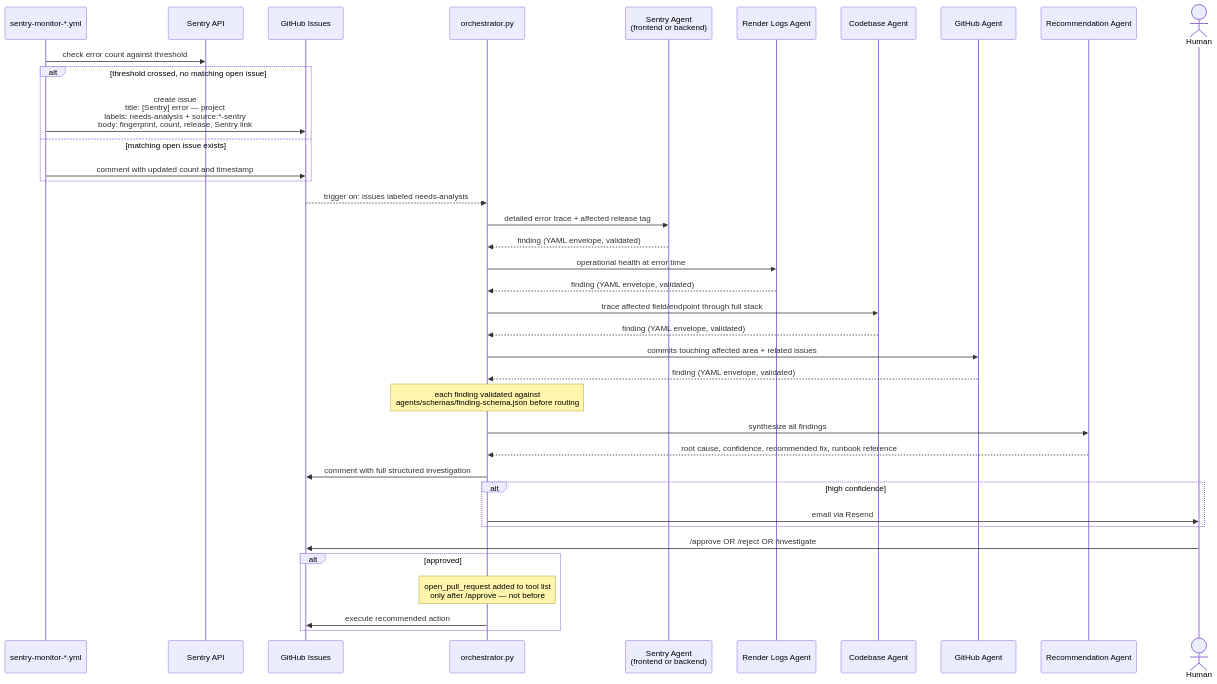
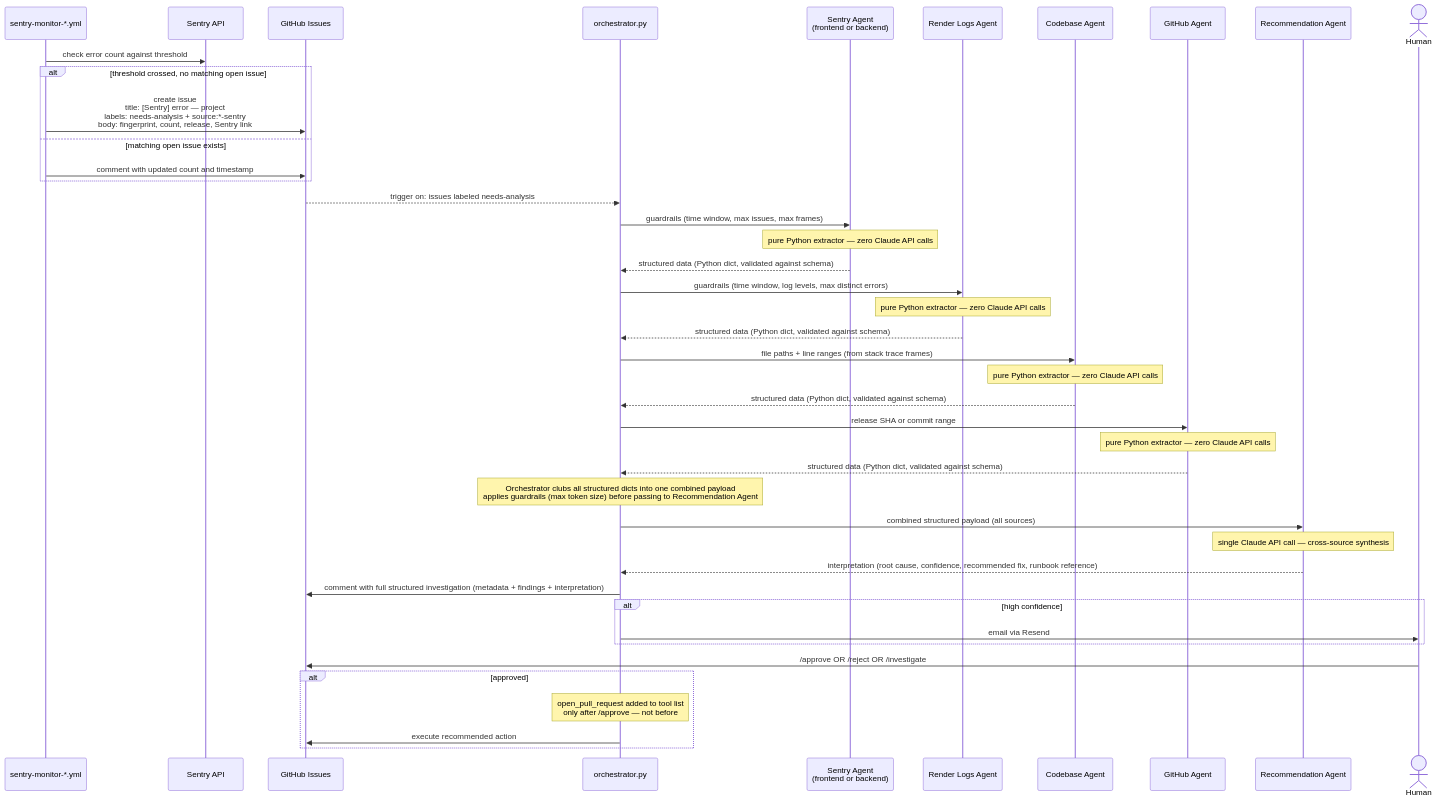
The third of 4 diagrams in docs/engineering-practices/agent-architecture.md (vikasparth/restaurant-main), drawn with Mermaid before and after one commit. The commit also changed other lines of this file, not shown here.

````diff
--- a/docs/engineering-practices/agent-architecture.md
+++ b/docs/engineering-practices/agent-architecture.md
@@ -674,42 +673,47 @@
 ```mermaid
 sequenceDiagram
     participant Monitor as sentry-monitor-*.yml
     participant Sentry as Sentry API
     participant GH as GitHub Issues
     participant Orch as orchestrator.py
     participant SAgent as Sentry Agent<br/>(frontend or backend)
     participant Render as Render Logs Agent
     participant Code as Codebase Agent
     participant GHAgent as GitHub Agent
     participant Rec as Recommendation Agent
     actor Human as Human
 
     Monitor->>Sentry: check error count against threshold
     alt threshold crossed, no matching open issue
         Monitor->>GH: create issue<br/>title: [Sentry] error — project<br/>labels: needs-analysis + source:*-sentry<br/>body: fingerprint, count, release, Sentry link
     else matching open issue exists
         Monitor->>GH: comment with updated count and timestamp
     end
 
     GH-->>Orch: trigger on: issues labeled needs-analysis
-    Orch->>SAgent: detailed error trace + affected release tag
-    SAgent-->>Orch: finding (YAML envelope, validated)
-    Orch->>Render: operational health at error time
-    Render-->>Orch: finding (YAML envelope, validated)
-    Orch->>Code: trace affected field/endpoint through full stack
-    Code-->>Orch: finding (YAML envelope, validated)
-    Orch->>GHAgent: commits touching affected area + related issues
-    GHAgent-->>Orch: finding (YAML envelope, validated)
-    Note over Orch: each finding validated against<br/>agents/schemas/finding-schema.json before routing
-    Orch->>Rec: synthesize all findings
-    Rec-->>Orch: root cause, confidence, recommended fix, runbook reference
-    Orch->>GH: comment with full structured investigation
+    Orch->>SAgent: guardrails (time window, max issues, max frames)
+    Note over SAgent: pure Python extractor — zero Claude API calls
+    SAgent-->>Orch: structured data (Python dict, validated against schema)
+    Orch->>Render: guardrails (time window, log levels, max distinct errors)
+    Note over Render: pure Python extractor — zero Claude API calls
+    Render-->>Orch: structured data (Python dict, validated against schema)
+    Orch->>Code: file paths + line ranges (from stack trace frames)
+    Note over Code: pure Python extractor — zero Claude API calls
+    Code-->>Orch: structured data (Python dict, validated against schema)
+    Orch->>GHAgent: release SHA or commit range
+    Note over GHAgent: pure Python extractor — zero Claude API calls
+    GHAgent-->>Orch: structured data (Python dict, validated against schema)
+    Note over Orch: Orchestrator clubs all structured dicts into one combined payload<br/>applies guardrails (max token size) before passing to Recommendation Agent
+    Orch->>Rec: combined structured payload (all sources)
+    Note over Rec: single Claude API call — cross-source synthesis
+    Rec-->>Orch: interpretation (root cause, confidence, recommended fix, runbook reference)
+    Orch->>GH: comment with full structured investigation (metadata + findings + interpretation)
     alt high confidence
         Orch->>Human: email via Resend
     end
     Human->>GH: /approve OR /reject OR /investigate
     alt approved
         Note over Orch: open_pull_request added to tool list<br/>only after /approve — not before
         Orch->>GH: execute recommended action
     end
 ```
````
